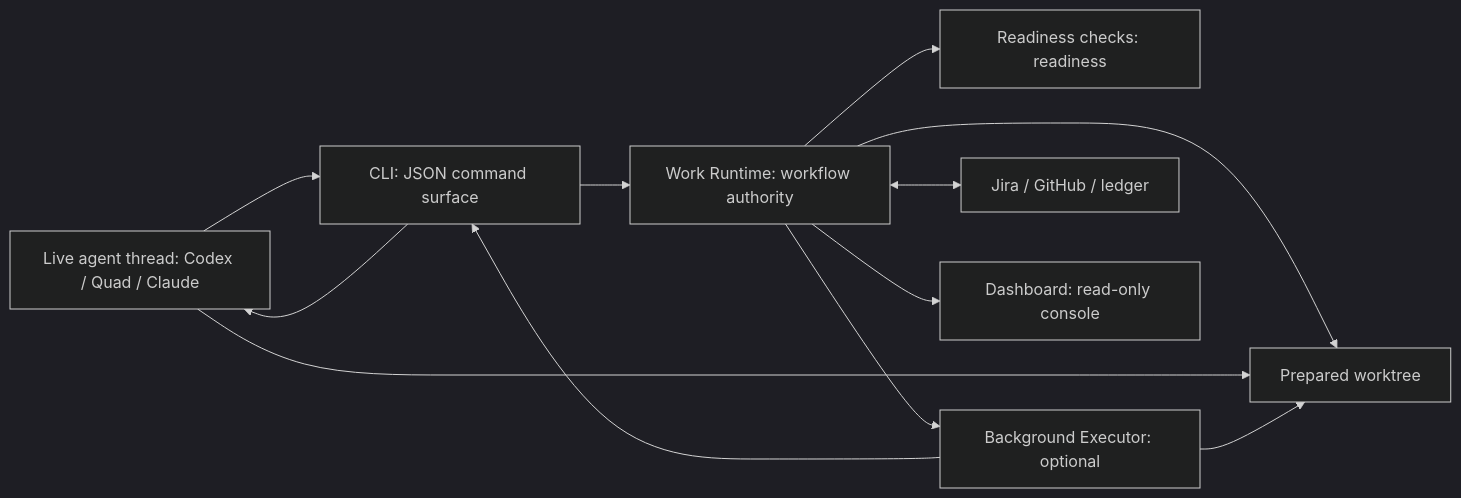
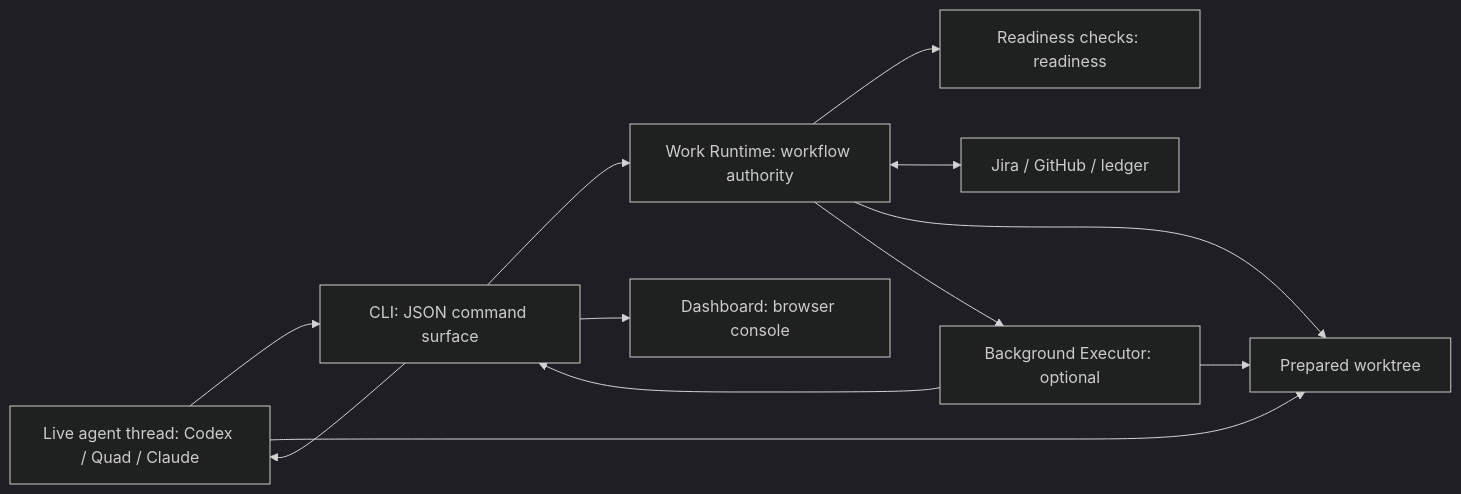
Before and after one commit to clowrance-proppilot/flow: the diagram in docs/runtime-and-dashboard.md, drawn with Mermaid (dark theme). The commit also changed other lines of this file and 13 other files, not shown here.

Commit message:
Route dashboard actions through Flow CLI

````diff
--- a/docs/runtime-and-dashboard.md
+++ b/docs/runtime-and-dashboard.md
@@ -42,22 +42,22 @@
 ```mermaid
 flowchart LR
   Live["Live agent thread: Codex / Quad / Claude"]
   CLI["CLI: JSON command surface"]
   Coord["Work Runtime: workflow authority"]
   Gate["Readiness checks: readiness"]
   Executor["Background Executor: optional"]
   Systems["Jira / GitHub / ledger"]
   Tree["Prepared worktree"]
 
   Live --> CLI
   CLI --> Coord
   Coord --> Gate
   Coord <--> Systems
   Coord --> Tree
   Coord --> Executor
   CLI --> Live
   Live --> Tree
   Executor --> Tree
   Executor --> CLI
-  Coord --> Dashboard["Dashboard: read-only console"]
+  CLI --> Dashboard["Dashboard: browser console"]
 ```
````
